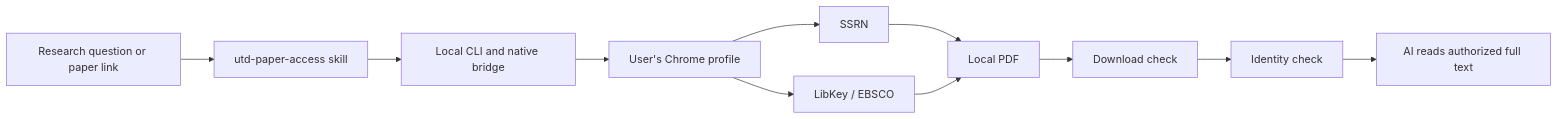
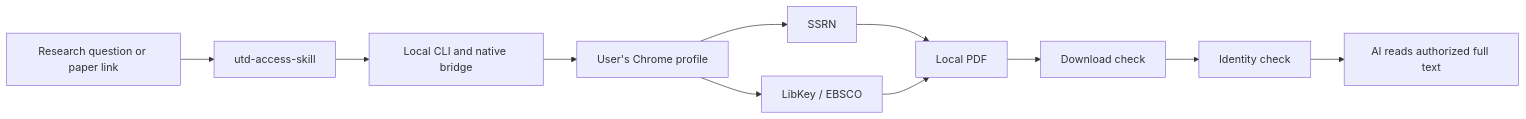
The diagram in README.md (LIMYOYO/utd-access-skill), drawn with Mermaid before and after one commit. The commit also changed other lines of this file and 39 other files, not shown here.

Commit message:
Rename project to UTD Access Skill

````diff
--- a/README.md
+++ b/README.md
@@ -73,13 +73,13 @@
 ```mermaid
 flowchart LR
-    A[Research question or paper link] --> B[utd-paper-access skill]
+    A[Research question or paper link] --> B[utd-access-skill]
     B --> C[Local CLI and native bridge]
     C --> D[User's Chrome profile]
     D --> E[SSRN]
     D --> F[LibKey / EBSCO]
     E --> G[Local PDF]
     F --> G
     G --> H[Download check]
     H --> I[Identity check]
     I --> J[AI reads authorized full text]
 ```
````
